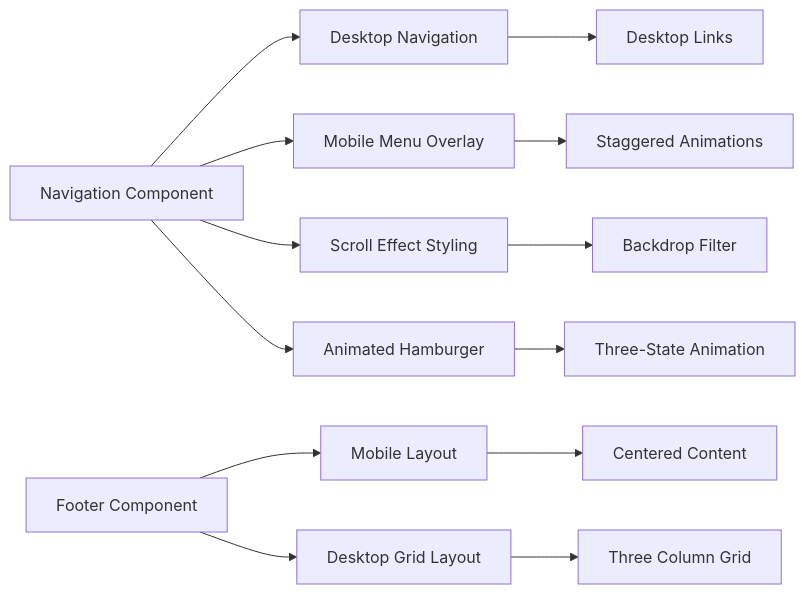
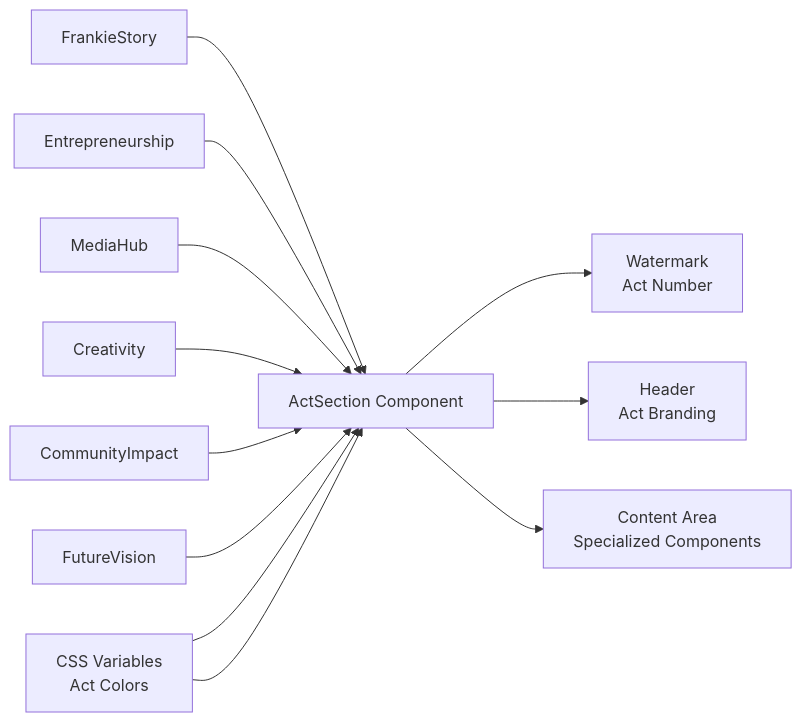
The third of 12 diagrams in .qoder/repowiki/en/content/Application Architecture.md (rakeshmaity271/frankie-picasso), drawn with Mermaid before and after one commit. The commit also changed other lines of this file and 18 other files, not shown here.

Commit message:
Update Nav component, styles, and repowiki docs

````diff
--- a/.qoder/repowiki/en/content/Application Architecture.md
+++ b/.qoder/repowiki/en/content/Application Architecture.md
@@ -206,15 +277,14 @@
 ```mermaid
 graph LR
-Nav["Navigation Component"] --> DesktopNav["Desktop Navigation"]
-Nav --> MobileMenu["Mobile Menu Overlay"]
-Nav --> ScrollEffect["Scroll Effect Styling"]
-Nav --> Hamburger["Animated Hamburger"]
-DesktopNav --> DesktopLinks["Desktop Links"]
-MobileMenu --> Staggered["Staggered Animations"]
-ScrollEffect --> BackdropFilter["Backdrop Filter"]
-Hamburger --> ThreeState["Three-State Animation"]
-Footer["Footer Component"] --> MobileLayout["Mobile Layout"]
-Footer --> DesktopLayout["Desktop Grid Layout"]
-MobileLayout --> Centered["Centered Content"]
-DesktopLayout --> ThreeColumn["Three Column Grid"]
+ActSection["ActSection Component"] --> Watermark["Watermark<br/>Act Number"]
+ActSection --> Header["Header<br/>Act Branding"]
+ActSection --> ContentArea["Content Area<br/>Specialized Components"]
+FrankieStory["FrankieStory"] --> ActSection
+Entrepreneurship["Entrepreneurship"] --> ActSection
+MediaHub["MediaHub"] --> ActSection
+Creativity["Creativity"] --> ActSection
+CommunityImpact["CommunityImpact"] --> ActSection
+FutureVision["FutureVision"] --> ActSection
+Themes["CSS Variables<br/>Act Colors"] --> ActSection
+Themes --> ActSection
 ```
````
